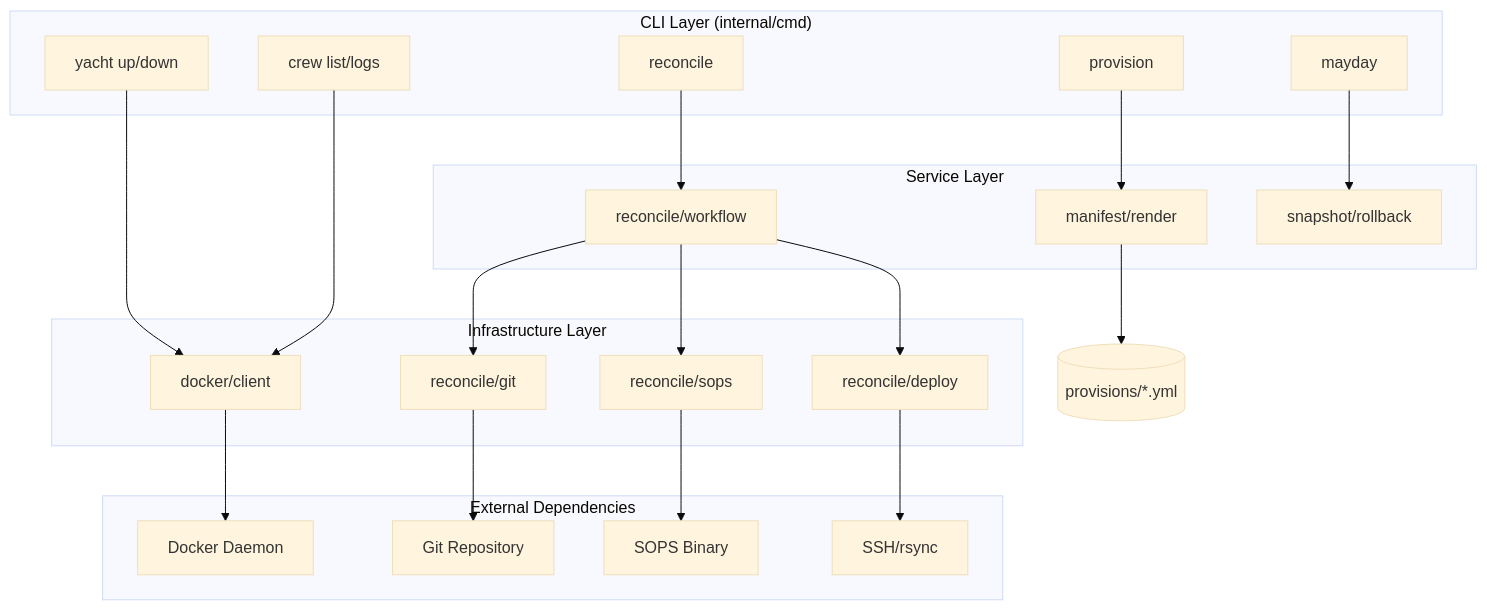
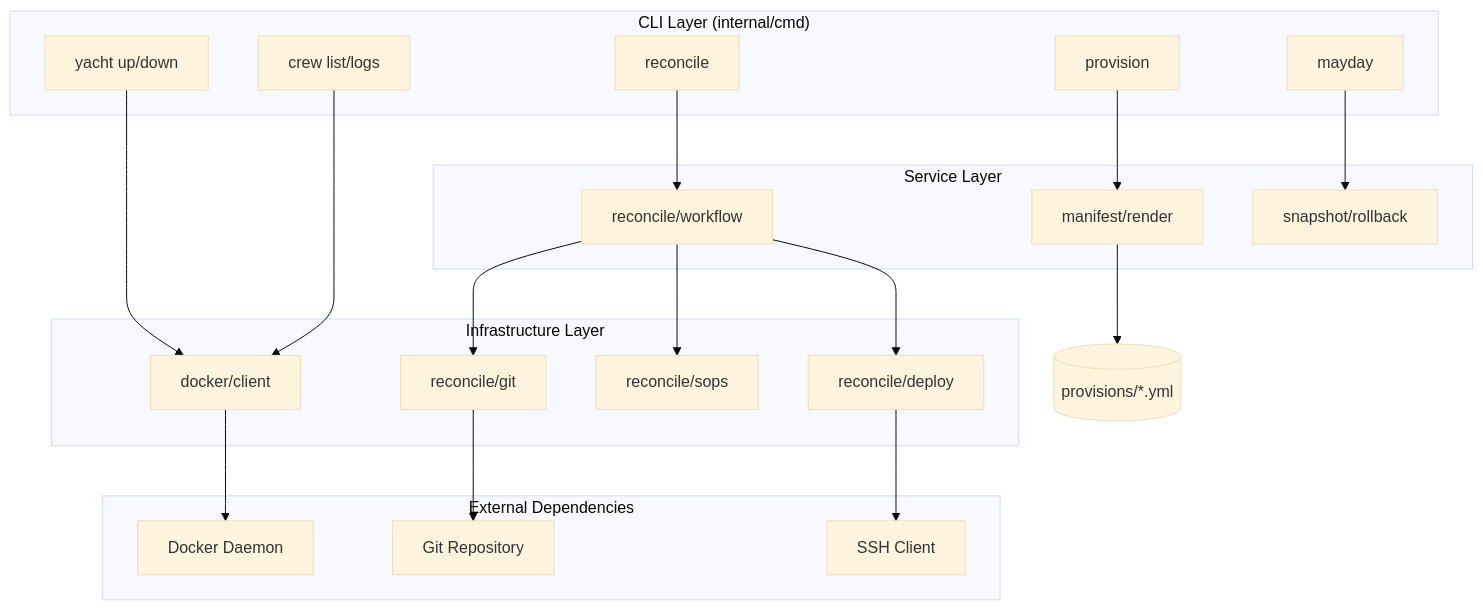
Before and after one commit to cameronsjo/bosun: the first of 3 diagrams in docs/architecture.md, drawn with Mermaid (base theme). The commit also changed other lines of this file and 8 other files, not shown here.

````diff
--- a/docs/architecture.md
+++ b/docs/architecture.md
@@ -91,46 +91,44 @@
 ```mermaid
 graph TB
     subgraph CLI["CLI Layer (internal/cmd)"]
         yacht[yacht up/down]
         crew[crew list/logs]
         provision[provision]
         reconcile_cmd[reconcile]
         emergency[mayday]
     end
 
     subgraph Services["Service Layer"]
         manifest[manifest/render]
         reconcile_svc[reconcile/workflow]
         snapshot_svc[snapshot/rollback]
     end
 
     subgraph Infrastructure["Infrastructure Layer"]
         docker[docker/client]
         git[reconcile/git]
         sops[reconcile/sops]
         deploy[reconcile/deploy]
     end
 
     subgraph External["External Dependencies"]
         docker_daemon[Docker Daemon]
         git_repo[Git Repository]
-        sops_bin[SOPS Binary]
-        ssh[SSH/rsync]
+        ssh[SSH Client]
     end
 
     yacht --> docker
     crew --> docker
     provision --> manifest
     reconcile_cmd --> reconcile_svc
     emergency --> snapshot_svc
 
     manifest --> provision_files[(provisions/*.yml)]
     reconcile_svc --> git
     reconcile_svc --> sops
     reconcile_svc --> deploy
 
     docker --> docker_daemon
     git --> git_repo
-    sops --> sops_bin
     deploy --> ssh
 ```
````
